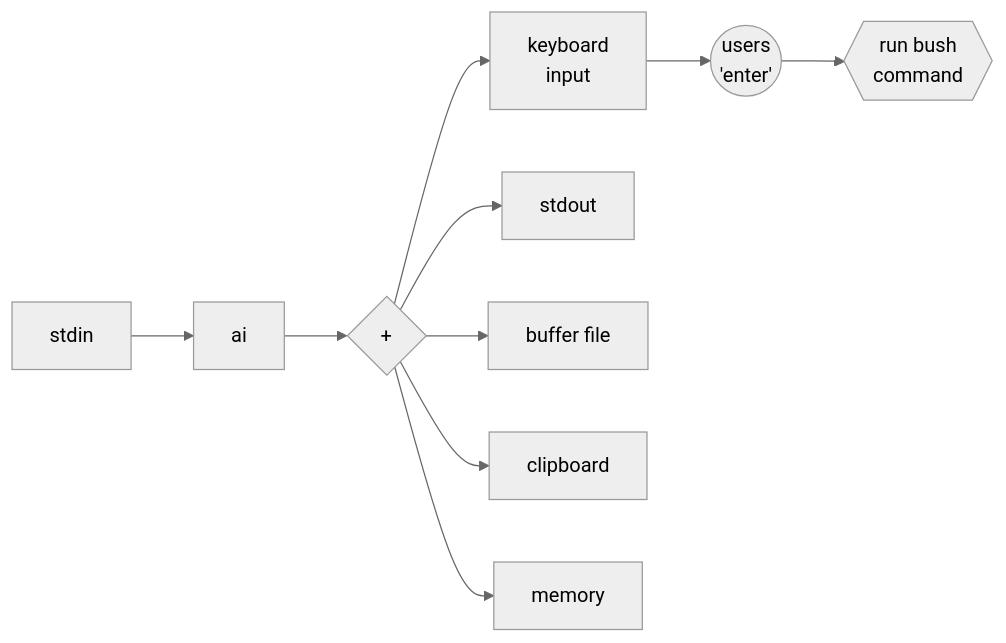
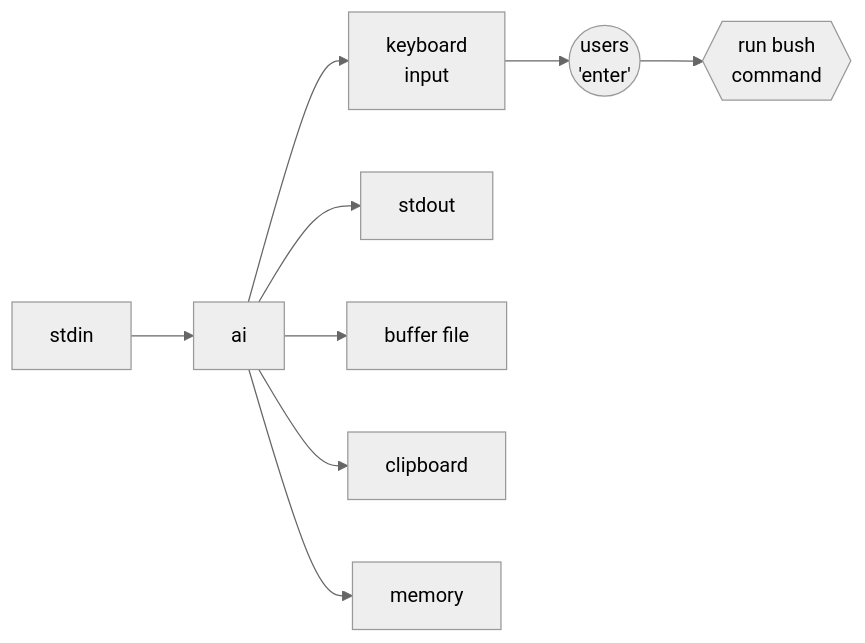
The first of 2 diagrams in README.md (johnthesmith/ai-cli), drawn with Mermaid (neutral theme) before and after one commit.

Commit message:
Auto commit

````diff
--- a/README.md
+++ b/README.md
@@ -30,16 +30,14 @@
 ```mermaid
 flowchart LR    
-    gate{+}
-    
     keyboard[ keyboard \n input ]
     stdout
     buffer[buffer file] 
     clipboard
     memory
     bash{{ run bush \n command}}
 
 
     user((users \n 'enter'))
     keyboard --> user --> bash
-    stdin --> ai --> gate--> keyboard & stdout & memory & buffer & clipboard
+    stdin --> ai --> keyboard & stdout & memory & buffer & clipboard
 ```
````
